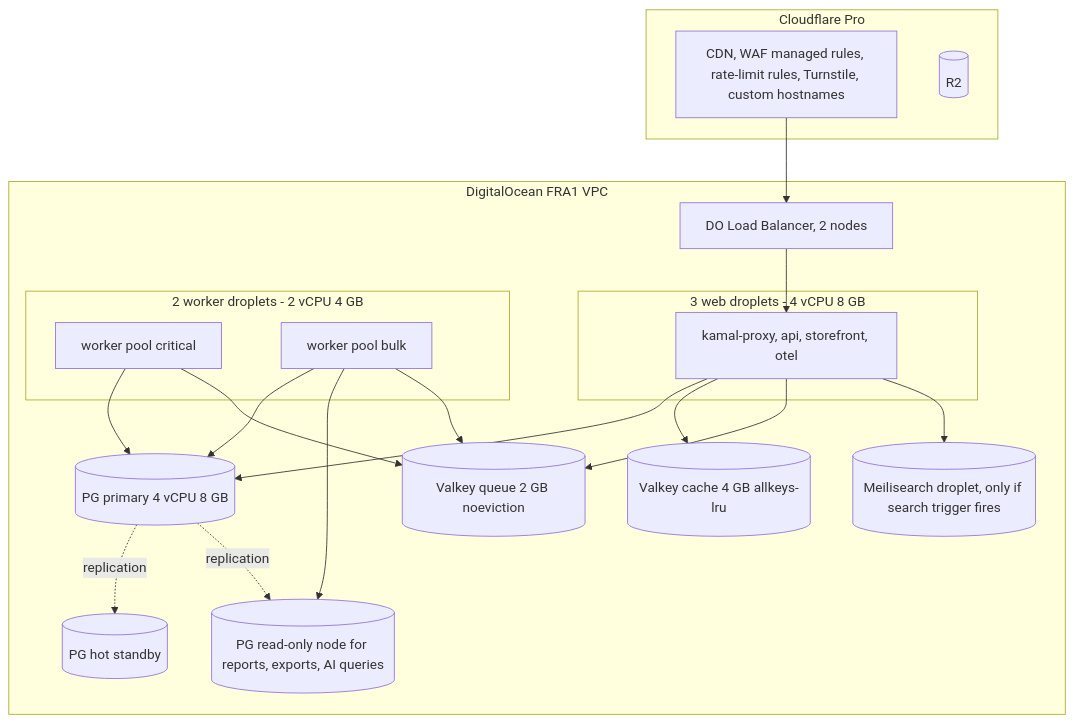
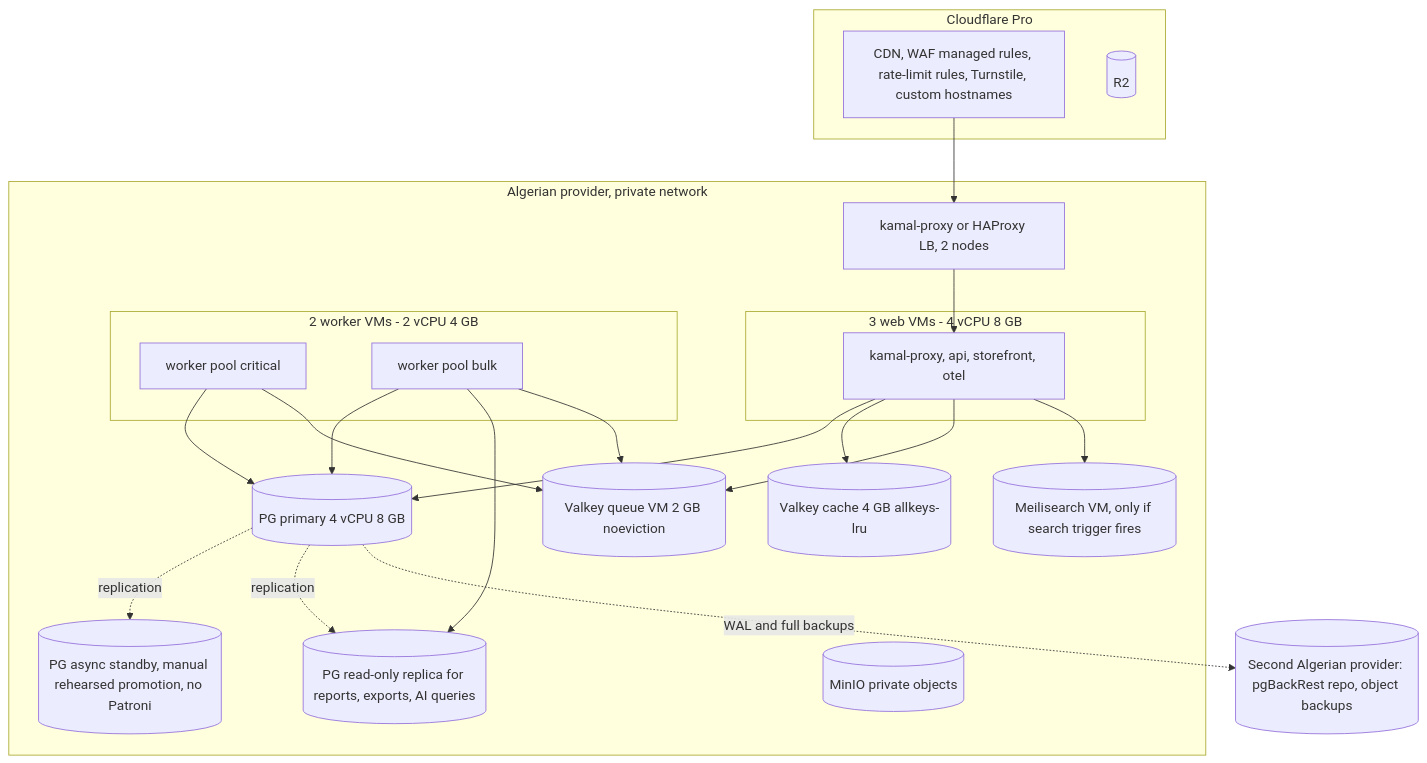
Before and after one commit to ChematWalid/cod-commerce: the second of 3 diagrams in docs/architecture/infrastructure.md, drawn with Mermaid. The commit also changed other lines of this file and 21 other files, not shown here.

Commit message:
docs(roadmap): apply accepted ADRs to briefs and architecture docs (#77)

````diff
--- a/docs/architecture/infrastructure.md
+++ b/docs/architecture/infrastructure.md
@@ -87,35 +76,38 @@
 ```mermaid
 flowchart TB
   subgraph Edge["Cloudflare Pro"]
     CDN["CDN, WAF managed rules, rate-limit rules, Turnstile, custom hostnames"]
     R2[("R2")]
   end
-  subgraph FRA1["DigitalOcean FRA1 VPC"]
-    LB["DO Load Balancer, 2 nodes"]
-    subgraph WEB["3 web droplets - 4 vCPU 8 GB"]
+  subgraph DZ["Algerian provider, private network"]
+    LB["kamal-proxy or HAProxy LB, 2 nodes"]
+    subgraph WEB["3 web VMs - 4 vCPU 8 GB"]
       W1["kamal-proxy, api, storefront, otel"]
     end
-    subgraph WRK["2 worker droplets - 2 vCPU 4 GB"]
+    subgraph WRK["2 worker VMs - 2 vCPU 4 GB"]
       C1["worker pool critical"]
       B1["worker pool bulk"]
     end
     PGP[("PG primary 4 vCPU 8 GB")]
-    PGS[("PG hot standby")]
-    PGR[("PG read-only node for reports, exports, AI queries")]
-    VQ[("Valkey queue 2 GB noeviction")]
+    PGS[("PG async standby, manual rehearsed promotion, no Patroni")]
+    PGR[("PG read-only replica for reports, exports, AI queries")]
+    VQ[("Valkey queue VM 2 GB noeviction")]
     VC[("Valkey cache 4 GB allkeys-lru")]
-    MS[("Meilisearch droplet, only if search trigger fires")]
+    MIO[("MinIO private objects")]
+    MS[("Meilisearch VM, only if search trigger fires")]
   end
+  BKP[("Second Algerian provider: pgBackRest repo, object backups")]
   CDN --> LB --> W1
   W1 --> PGP
   W1 --> VC
   W1 --> VQ
   C1 --> PGP
   B1 --> PGP
   B1 --> PGR
   C1 --> VQ
   B1 --> VQ
   PGP -.->|replication| PGS
   PGP -.->|replication| PGR
+  PGP -.->|WAL and full backups| BKP
   W1 --> MS
 ```
````
